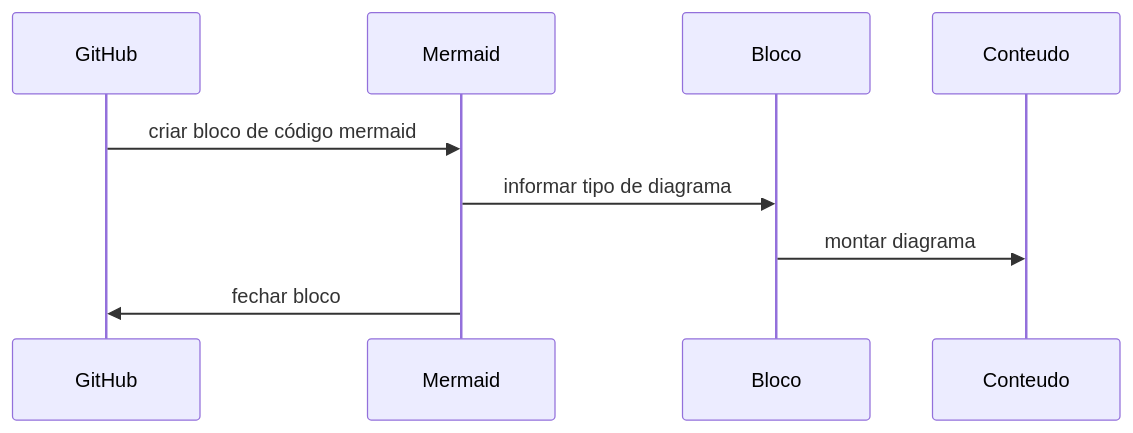
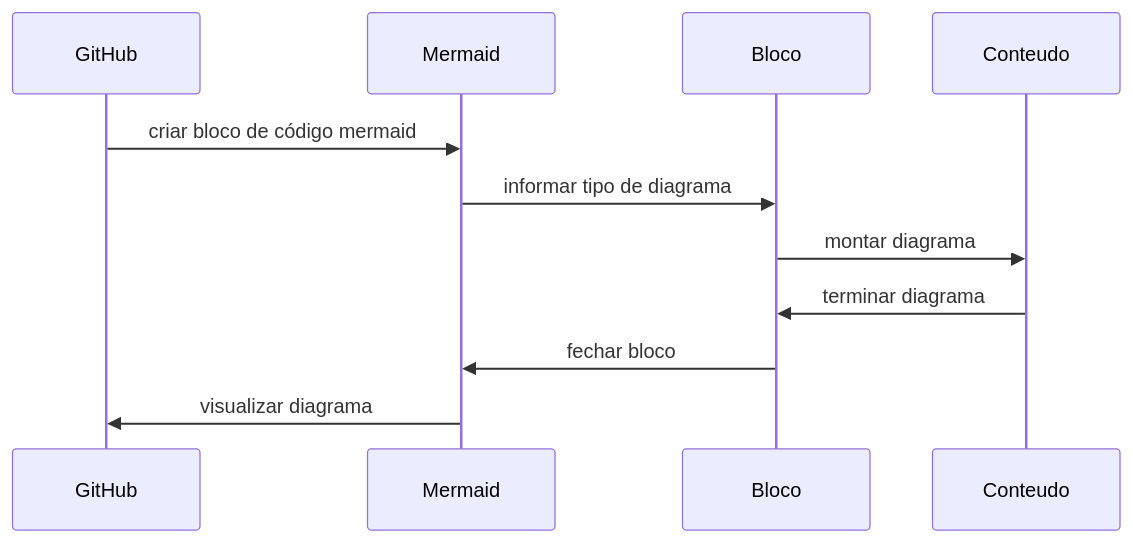
One commit to domeneghetti/readmMermaid changed the diagram in README.md. Above: the diagram before and after it, drawn with Mermaid.

````diff
--- a/README.md
+++ b/README.md
@@ -5,7 +5,9 @@
 ```mermaid
 sequenceDiagram
 GitHub ->> Mermaid: criar bloco de código mermaid
 Mermaid ->> Bloco: informar tipo de diagrama
 Bloco ->> Conteudo: montar diagrama
-Mermaid ->> GitHub: fechar bloco
+Conteudo ->> Bloco: terminar diagrama
+Bloco ->> Mermaid: fechar bloco
+Mermaid ->> GitHub: visualizar diagrama
 ```
````
